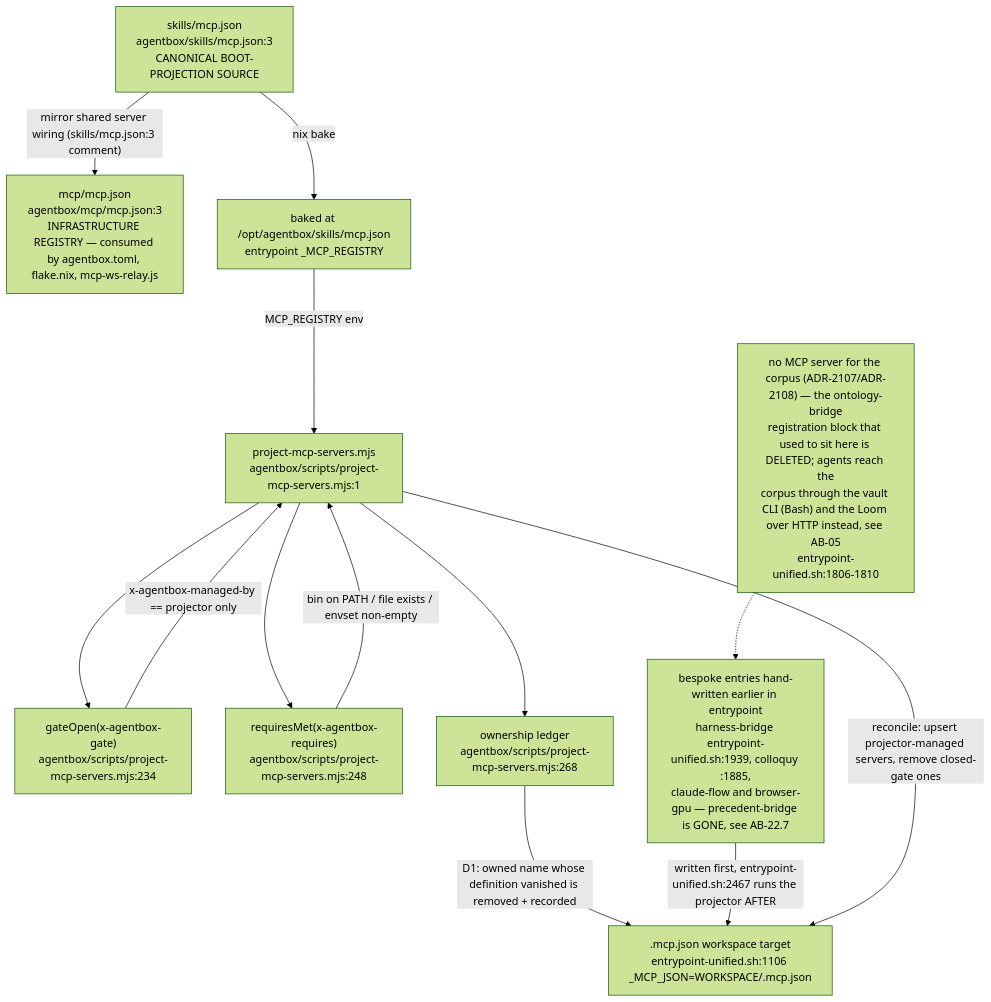
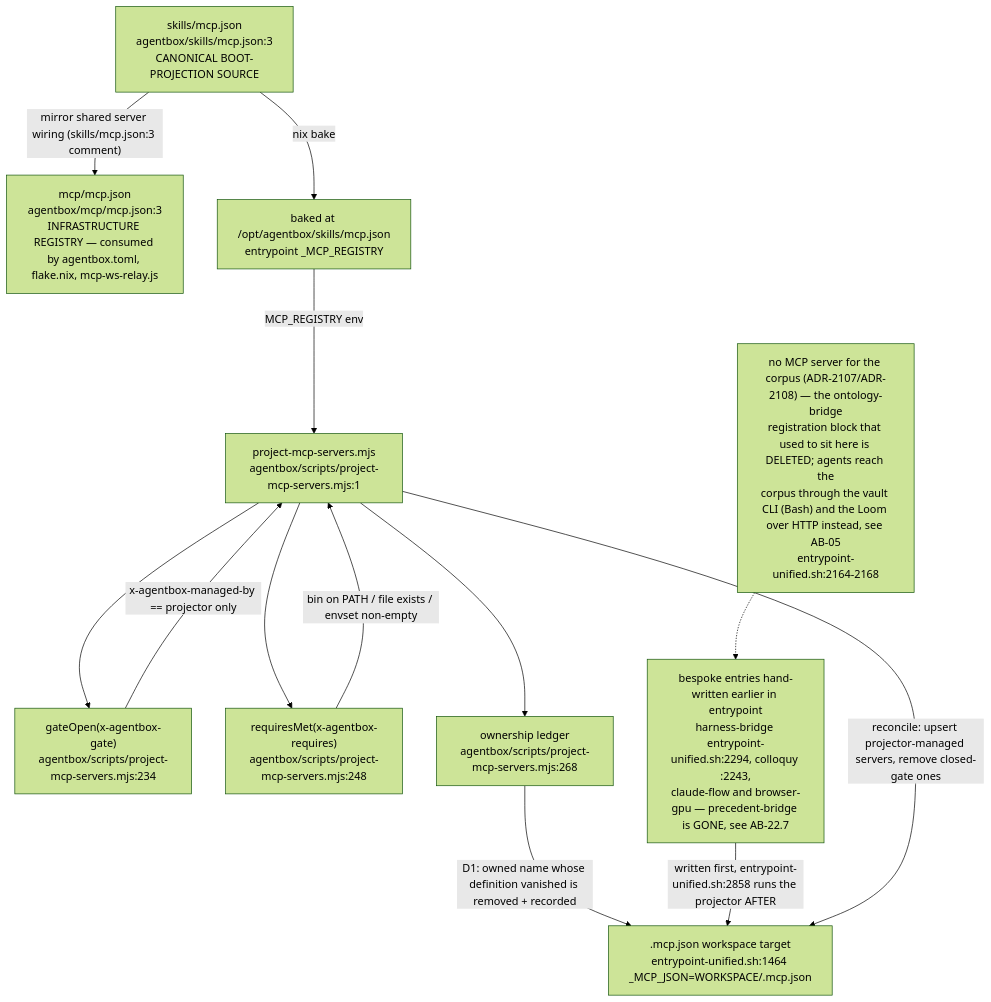
Before and after one commit to DreamLab-AI/VisionFlow: the ninth of 12 diagrams in docs/diagrams/agentbox/22-skills-and-routing.md, drawn with Mermaid (forest theme). The commit also changed other lines of this file and 111 other files, not shown here.

Commit message:
docs(diagrams): align estate maps with current source

````diff
--- a/docs/diagrams/agentbox/22-skills-and-routing.md
+++ b/docs/diagrams/agentbox/22-skills-and-routing.md
@@ -389,26 +389,26 @@
 ```mermaid
 flowchart TB
     REG["skills/mcp.json<br/>agentbox/skills/mcp.json:3<br/>CANONICAL BOOT-PROJECTION SOURCE"]
     MIRROR["mcp/mcp.json<br/>agentbox/mcp/mcp.json:3<br/>INFRASTRUCTURE REGISTRY — consumed by agentbox.toml, flake.nix, mcp-ws-relay.js"]
     BAKE["baked at /opt/agentbox/skills/mcp.json<br/>entrypoint _MCP_REGISTRY"]
     PROJ["project-mcp-servers.mjs<br/>agentbox/scripts/project-mcp-servers.mjs:1"]
     GATE["gateOpen(x-agentbox-gate)<br/>agentbox/scripts/project-mcp-servers.mjs:234"]
     REQ["requiresMet(x-agentbox-requires)<br/>agentbox/scripts/project-mcp-servers.mjs:248"]
     LEDGER["ownership ledger<br/>agentbox/scripts/project-mcp-servers.mjs:268"]
-    WS[".mcp.json workspace target<br/>entrypoint-unified.sh:1106 _MCP_JSON=WORKSPACE/.mcp.json"]
-    NOONT["no MCP server for the corpus (ADR-2107/ADR-2108) — the ontology-bridge<br/>registration block that used to sit here is DELETED; agents reach the<br/>corpus through the vault CLI (Bash) and the Loom over HTTP instead, see AB-05<br/>entrypoint-unified.sh:1806-1810"]
-    BESPOKE["bespoke entries hand-written earlier in entrypoint<br/>harness-bridge entrypoint-unified.sh:1939, colloquy :1885,<br/>claude-flow and browser-gpu — precedent-bridge is GONE, see AB-22.7"]
+    WS[".mcp.json workspace target<br/>entrypoint-unified.sh:1464 _MCP_JSON=WORKSPACE/.mcp.json"]
+    NOONT["no MCP server for the corpus (ADR-2107/ADR-2108) — the ontology-bridge<br/>registration block that used to sit here is DELETED; agents reach the<br/>corpus through the vault CLI (Bash) and the Loom over HTTP instead, see AB-05<br/>entrypoint-unified.sh:2164-2168"]
+    BESPOKE["bespoke entries hand-written earlier in entrypoint<br/>harness-bridge entrypoint-unified.sh:2294, colloquy :2243,<br/>claude-flow and browser-gpu — precedent-bridge is GONE, see AB-22.7"]
 
     REG -- "mirror shared server wiring (skills/mcp.json:3 comment)" --> MIRROR
     REG -- "nix bake" --> BAKE
     BAKE -- "MCP_REGISTRY env" --> PROJ
     PROJ --> GATE
     PROJ --> REQ
     GATE -- "x-agentbox-managed-by == projector only" --> PROJ
     REQ -- "bin on PATH / file exists / envset non-empty" --> PROJ
     PROJ --> LEDGER
     LEDGER -- "D1: owned name whose definition vanished is removed + recorded" --> WS
     NOONT -.-> BESPOKE
-    BESPOKE -- "written first, entrypoint-unified.sh:2467 runs the projector AFTER" --> WS
+    BESPOKE -- "written first, entrypoint-unified.sh:2858 runs the projector AFTER" --> WS
     PROJ -- "reconcile: upsert projector-managed servers, remove closed-gate ones" --> WS
 ```
````
